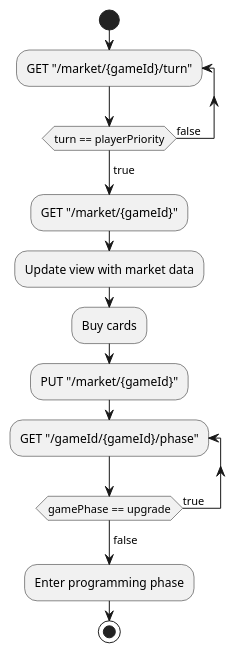
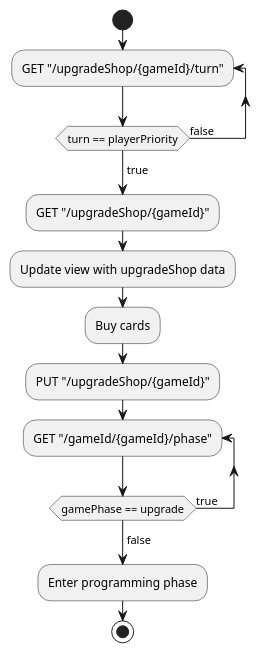
The diagram in diagrams/web/client_upgrade_phase.pu (BjarneBjarne/Gruppe15-RoboRally2024), drawn with PlantUML before and after one commit. The commit also changed 8 other files, not shown here.

```diff
--- a/diagrams/web/client_upgrade_phase.pu
+++ b/diagrams/web/client_upgrade_phase.pu
@@ -1,21 +1,21 @@
 @startuml
 
 start
 
-repeat:GET "/market/{gameId}/turn";
+repeat:GET "/upgradeShop/{gameId}/turn";
 repeat while (turn == playerPriority) is (false)
 -> true;
 
-:GET "/market/{gameId}";
-:Update view with market data;
+:GET "/upgradeShop/{gameId}";
+:Update view with upgradeShop data;
 :Buy cards;
-:PUT "/market/{gameId}";
+:PUT "/upgradeShop/{gameId}";
 
 repeat:GET "/gameId/{gameId}/phase";
 repeat while (gamePhase == upgrade) is (true)
 -> false;
 
 :Enter programming phase;
 
 stop
 @enduml
```
